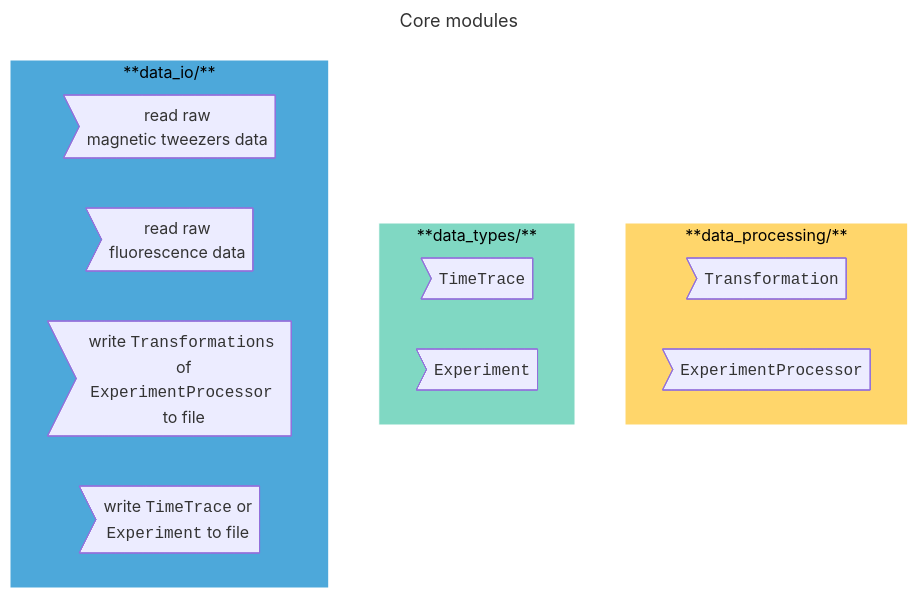
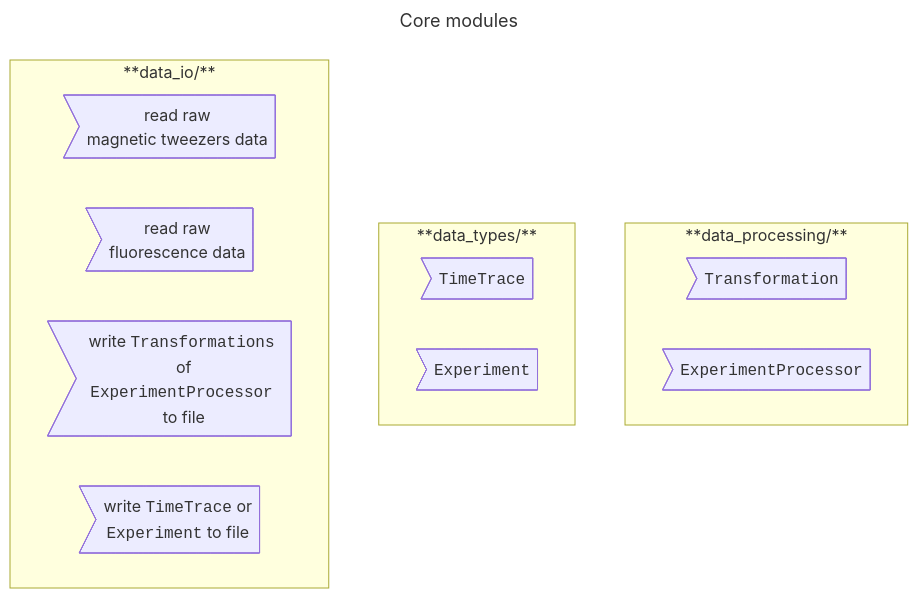
Before and after one commit to KleinMisha/time-trace-tools: the first of 6 diagrams in docs/software_design.md, drawn with Mermaid. The commit also changed other lines of this file, not shown here.

````diff
--- a/docs/software_design.md
+++ b/docs/software_design.md
@@ -43,25 +40,22 @@
 ```mermaid 
 ---
 title: Core modules 
 ---
 flowchart 
     subgraph **data_processing/**
         Transformation><code>Transformation</code>]
         ExperimentProcessor><code>ExperimentProcessor</code>]
         ExperimentProcessor><code>ExperimentProcessor</code>]
     end 
     subgraph **data_types/**
         TimeTrace><code>TimeTrace</code>]
         Experiment><code>Experiment</code>]
     end
     subgraph **data_io/**
         readMT>read raw <br>magnetic tweezers data]
         readTIRF>read raw <br>fluorescence data]
         writeProcessor>write <code>Transformations</code> <br> of <code>ExperimentProcessor</code> <br>to file]
         writeExperiment>write <code>TimeTrace</code> or <br><code>Experiment</code> to file]
     end
 
-style **data_io/** fill:#4DA8DA, stroke:white, color:black
-style **data_types/** fill:#80D8C3, stroke:white, color:black
-style **data_processing/** fill:#FFD66B, stroke:white, color:black
 ```
````
